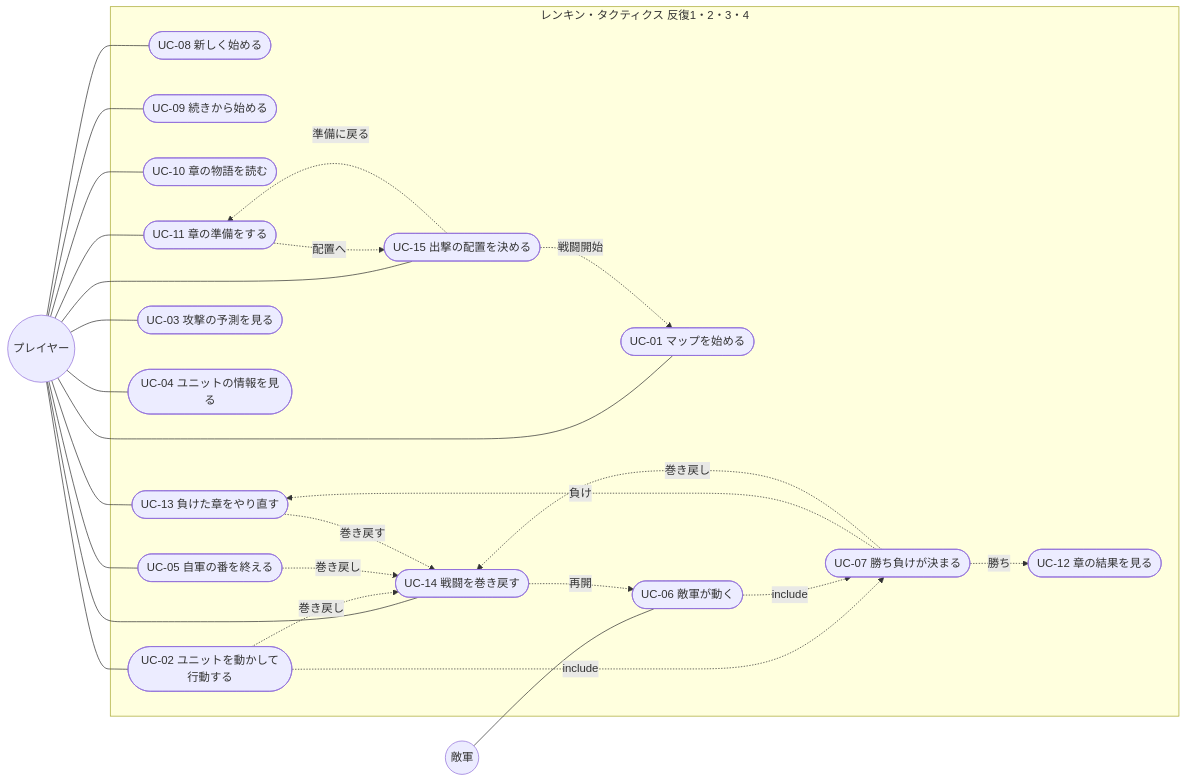
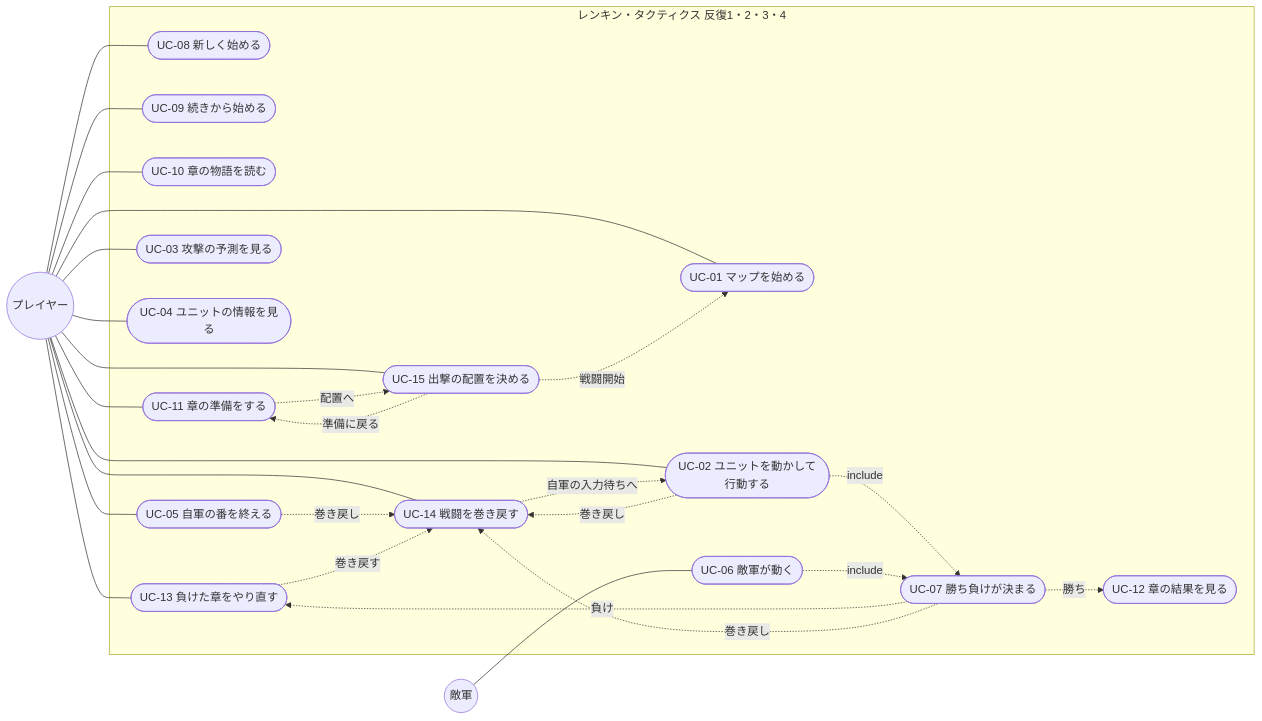
One commit to sakana396/renkin_tactics changed the diagram in docs/02_requirements/use-cases.md. Above: the diagram before and after it, drawn with Mermaid. The commit also changed other lines of this file and 27 other files, not shown here.

````diff
--- a/docs/02_requirements/use-cases.md
+++ b/docs/02_requirements/use-cases.md
@@ -17,47 +17,47 @@
 ```mermaid
 flowchart LR
   P((プレイヤー))
   E((敵軍))
   subgraph RT[レンキン・タクティクス 反復1・2・3・4]
     UC08([UC-08 新しく始める])
     UC09([UC-09 続きから始める])
     UC10([UC-10 章の物語を読む])
     UC11([UC-11 章の準備をする])
     UC01([UC-01 マップを始める])
     UC02([UC-02 ユニットを動かして行動する])
     UC03([UC-03 攻撃の予測を見る])
     UC04([UC-04 ユニットの情報を見る])
     UC05([UC-05 自軍の番を終える])
     UC06([UC-06 敵軍が動く])
     UC07([UC-07 勝ち負けが決まる])
     UC12([UC-12 章の結果を見る])
     UC13([UC-13 負けた章をやり直す])
     UC14([UC-14 戦闘を巻き戻す])
     UC15([UC-15 出撃の配置を決める])
   end
   P --- UC08
   P --- UC09
   P --- UC10
   P --- UC11
   P --- UC13
   P --- UC14
   P --- UC15
   P --- UC01
   P --- UC02
   P --- UC03
   P --- UC04
   P --- UC05
   E --- UC06
   UC02 -.include.-> UC07
   UC06 -.include.-> UC07
   UC07 -.勝ち.-> UC12
   UC07 -.負け.-> UC13
   UC11 -.配置へ.-> UC15
   UC15 -.戦闘開始.-> UC01
   UC15 -.準備に戻る.-> UC11
   UC02 -.巻き戻し.-> UC14
   UC05 -.巻き戻し.-> UC14
   UC07 -.巻き戻し.-> UC14
   UC13 -.巻き戻す.-> UC14
-  UC14 -.再開.-> UC06
+  UC14 -.自軍の入力待ちへ.-> UC02
 ```
````
